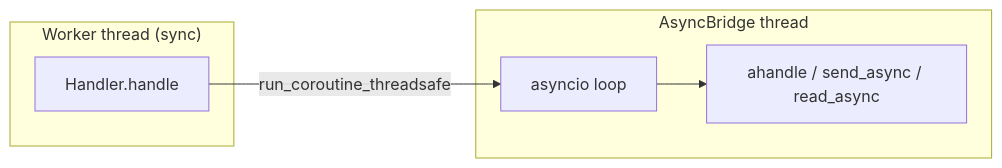
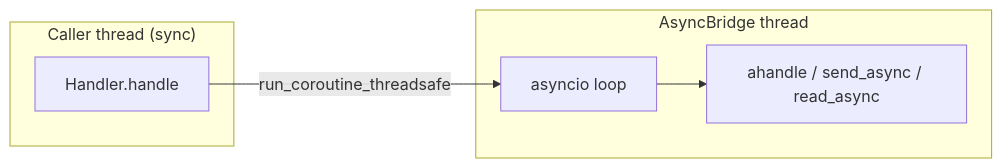
The second of 2 diagrams in README.md (fufurobot/my-lan-prober), drawn with Mermaid before and after one commit. The commit also changed other lines of this file, not shown here.

````diff
--- a/README.md
+++ b/README.md
@@ -186,10 +184,10 @@
 ```mermaid
 flowchart LR
-    subgraph Worker["Worker thread (sync)"]
+    subgraph Worker["Caller thread (sync)"]
         H[Handler.handle]
     end
     subgraph Bridge["AsyncBridge thread"]
         L[asyncio loop] --> A[ahandle / send_async / read_async]
     end
     H -->|run_coroutine_threadsafe| L
 ```
````
